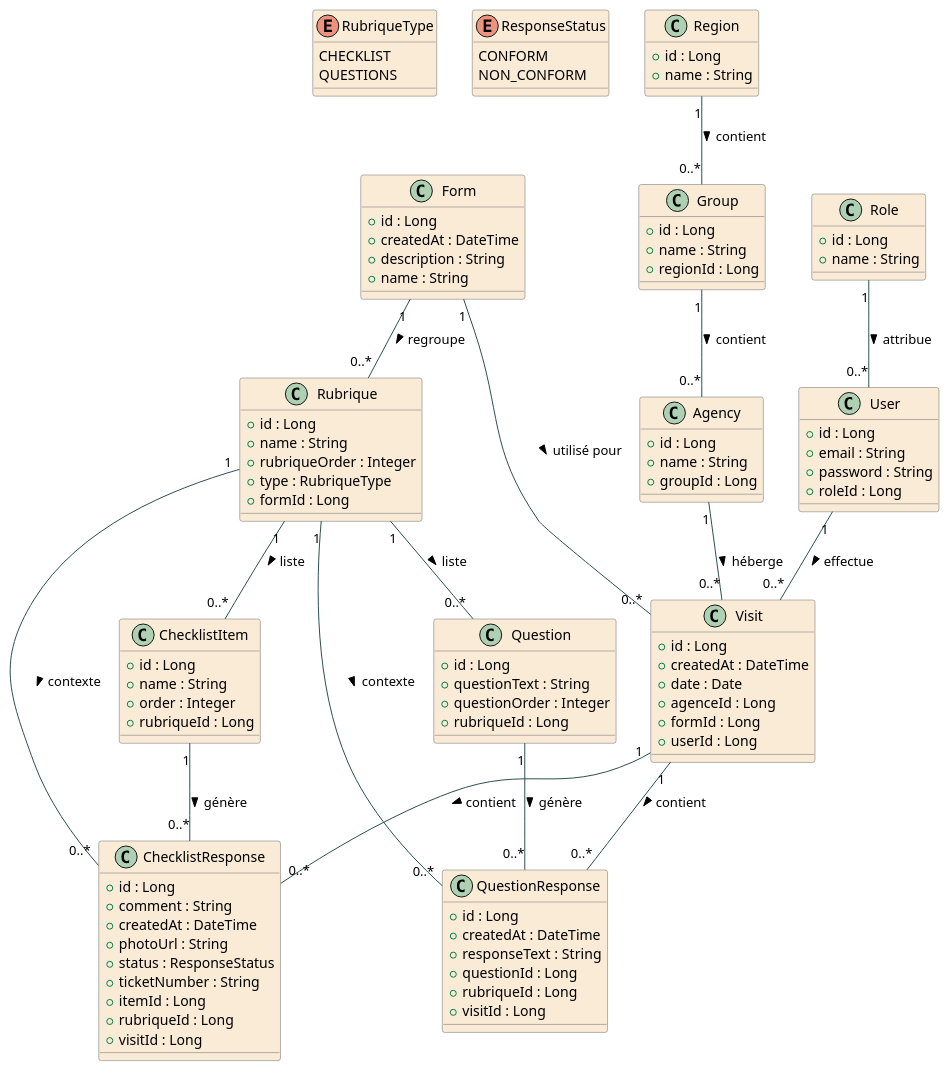
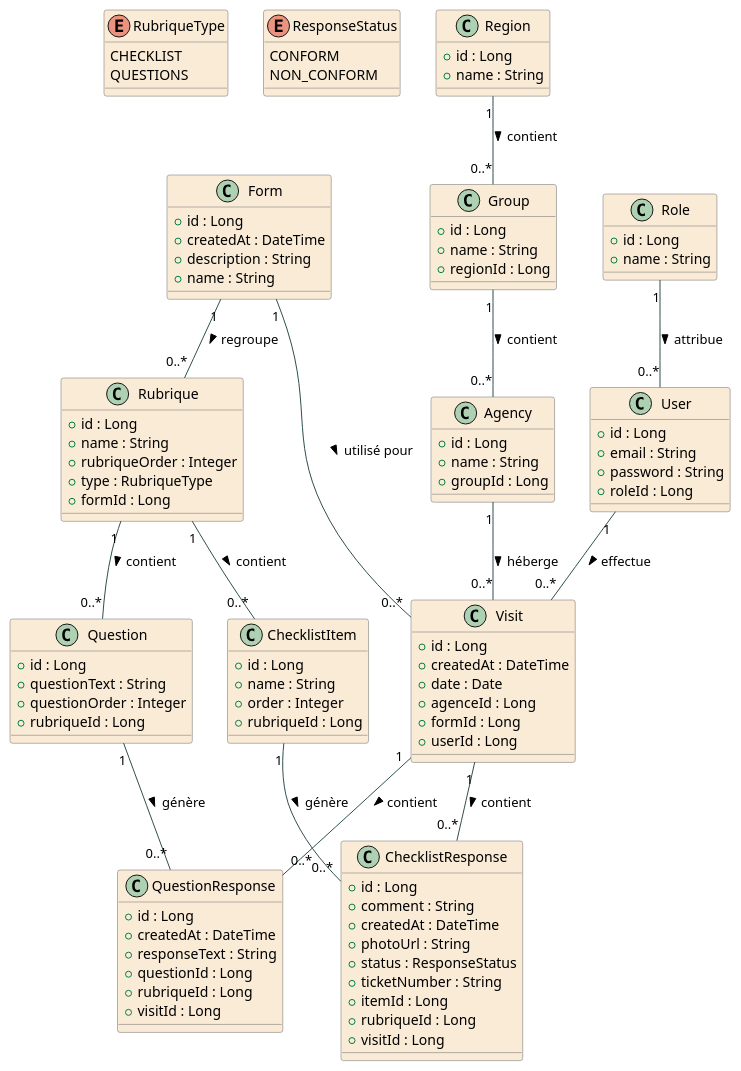
The diagram in gembawalk_back/my_class_diagram.puml (amirakhw/gembawalk), drawn with PlantUML before and after one commit. The commit also changed 19 other files, not shown here.

```diff
--- a/gembawalk_back/my_class_diagram.puml
+++ b/gembawalk_back/my_class_diagram.puml
@@ -1,135 +1,134 @@
 @startuml
 ' =====================================
 ' Diagramme de classes UML pour Gemba Walk
 ' =====================================
 
 skinparam class {
     BackgroundColor AntiqueWhite
     ArrowColor DarkSlateGray
     BorderColor DimGray
 }
 
 ' ---------- Enums (moved to the left) ----------
 enum RubriqueType {
     CHECKLIST
     QUESTIONS
 }
 
 enum ResponseStatus {
     CONFORM
     NON_CONFORM
 }
 
 ' ---------- Entités géographiques ----------
 class Region {
     + id : Long
     + name : String
 }
 
 class Group {
     + id : Long
     + name : String
     + regionId : Long
 }
 
 class Agency {
     + id : Long
     + name : String
     + groupId : Long
 }
 
 Region "1" -- "0..*" Group : contient >
 Group "1" -- "0..*" Agency : contient >
 
 ' ---------- Gestion des utilisateurs ----------
 class Role {
     + id : Long
     + name : String
 }
 
 class User {
     + id : Long
     + email : String
     + password : String
     + roleId : Long
 }
 
 Role "1" -- "0..*" User : attribue >
 
 
 ' ---------- Formulaires et rubriques ----------
 class Form {
     + id : Long
     + createdAt : DateTime
     + description : String
     + name : String
 }
 
 class Rubrique {
     + id : Long
     + name : String
     + rubriqueOrder : Integer
     + type : RubriqueType
     + formId : Long
 }
 
 Form "1" -- "0..*" Rubrique : regroupe >
-Rubrique "1" -- "0..*" ChecklistItem : liste >
-Rubrique "1" -- "0..*" Question : liste >
+Rubrique "1" -- "0..*" ChecklistItem : contient >
+Rubrique "1" -- "0..*" Question : contient >
 
 class ChecklistItem {
     + id : Long
     + name : String
     + order : Integer
     + rubriqueId : Long
 }
 
 class Question {
     + id : Long
     + questionText : String
     + questionOrder : Integer
     + rubriqueId : Long
 }
 
 ' ---------- Visites et réponses ----------
 class Visit {
     + id : Long
     + createdAt : DateTime
     + date : Date
     + agenceId : Long
     + formId : Long
     + userId : Long
 }
 
 class ChecklistResponse {
     + id : Long
     + comment : String
     + createdAt : DateTime
     + photoUrl : String
     + status : ResponseStatus
     + ticketNumber : String
     + itemId : Long
     + rubriqueId : Long
     + visitId : Long
 }
 
 class QuestionResponse {
     + id : Long
     + createdAt : DateTime
     + responseText : String
     + questionId : Long
     + rubriqueId : Long
     + visitId : Long
 }
 
 Agency "1" -- "0..*" Visit : héberge >
 Form "1" -- "0..*" Visit : utilisé pour >
 User "1" -- "0..*" Visit : effectue >
 Visit "1" -- "0..*" ChecklistResponse : contient >
 Visit "1" -- "0..*" QuestionResponse : contient >
 
 ChecklistItem "1" -- "0..*" ChecklistResponse : génère >
-Rubrique "1" -- "0..*" ChecklistResponse : contexte >
 Question "1" -- "0..*" QuestionResponse : génère >
-Rubrique "1" -- "0..*" QuestionResponse : contexte >
+
 @enduml
```
